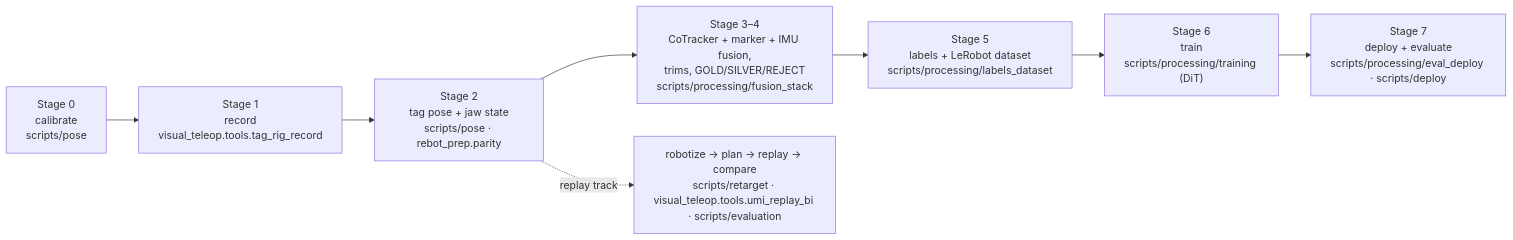
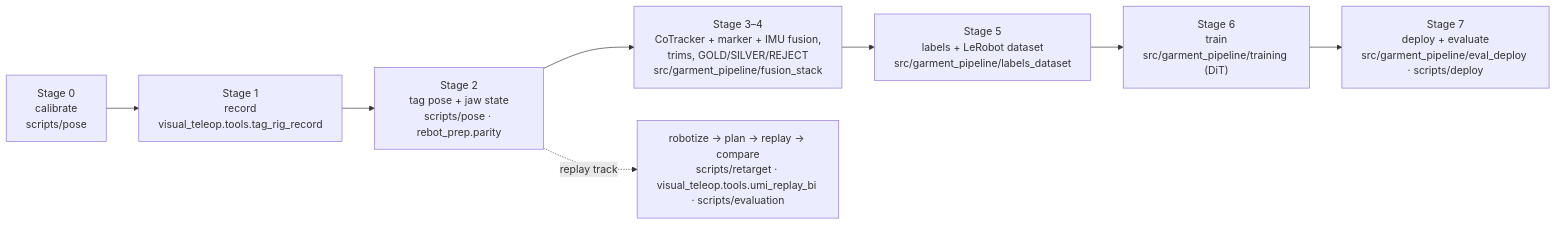
The diagram in README.md (physical-ai-robot-learning/egocentric-garment-manipulation), drawn with Mermaid before and after one commit. The commit also changed other lines of this file and 63 other files, not shown here.

First line of the commit message:
garment_pipeline: the training-data pipeline as an importable package

````diff
--- a/README.md
+++ b/README.md
@@ -114,10 +115,10 @@
 ```mermaid
 flowchart LR
   A["Stage 0<br/>calibrate<br/>scripts/pose"] --> B["Stage 1<br/>record<br/>visual_teleop.tools.tag_rig_record"]
   B --> C["Stage 2<br/>tag pose + jaw state<br/>scripts/pose · rebot_prep.parity"]
-  C --> D["Stage 3–4<br/>CoTracker + marker + IMU fusion,<br/>trims, GOLD/SILVER/REJECT<br/>scripts/processing/fusion_stack"]
-  D --> E["Stage 5<br/>labels + LeRobot dataset<br/>scripts/processing/labels_dataset"]
-  E --> F["Stage 6<br/>train<br/>scripts/processing/training (DiT)"]
-  F --> G["Stage 7<br/>deploy + evaluate<br/>scripts/processing/eval_deploy · scripts/deploy"]
+  C --> D["Stage 3–4<br/>CoTracker + marker + IMU fusion,<br/>trims, GOLD/SILVER/REJECT<br/>src/garment_pipeline/fusion_stack"]
+  D --> E["Stage 5<br/>labels + LeRobot dataset<br/>src/garment_pipeline/labels_dataset"]
+  E --> F["Stage 6<br/>train<br/>src/garment_pipeline/training (DiT)"]
+  F --> G["Stage 7<br/>deploy + evaluate<br/>src/garment_pipeline/eval_deploy · scripts/deploy"]
   C -. replay track .-> R["robotize → plan → replay → compare<br/>scripts/retarget · visual_teleop.tools.umi_replay_bi · scripts/evaluation"]
 ```
````
